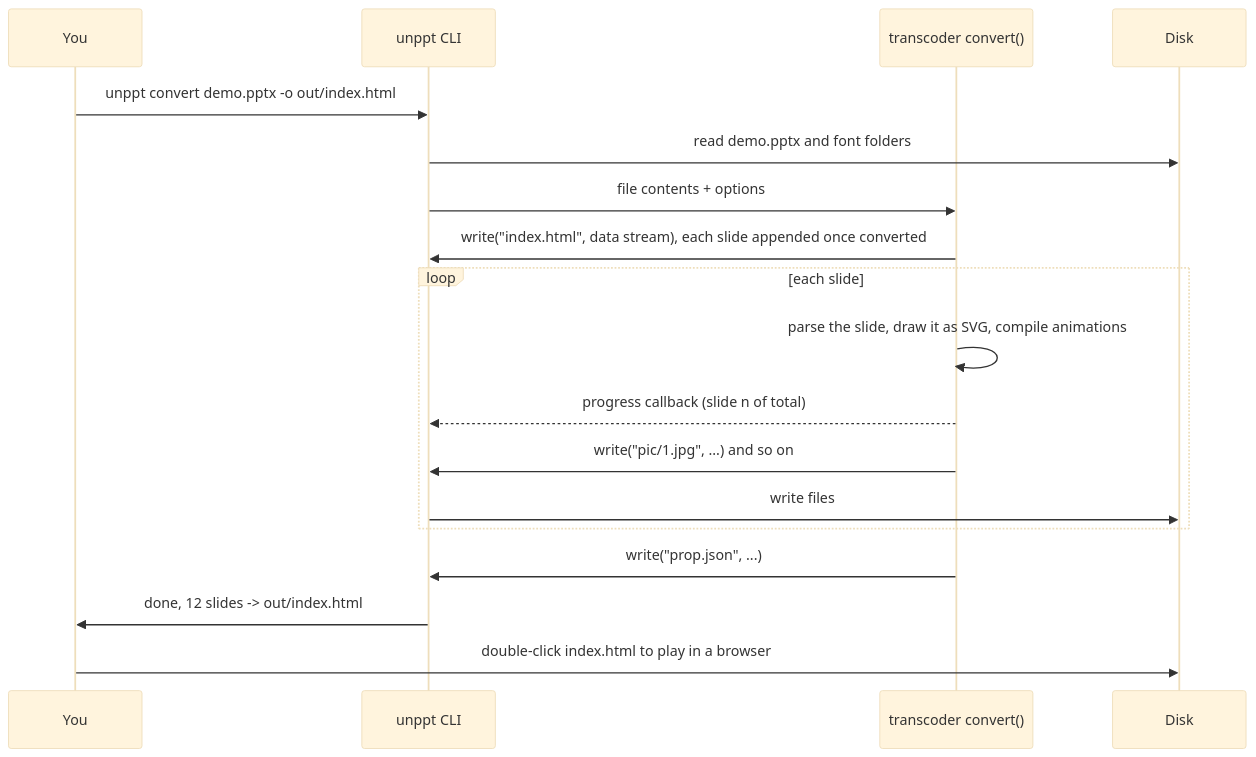
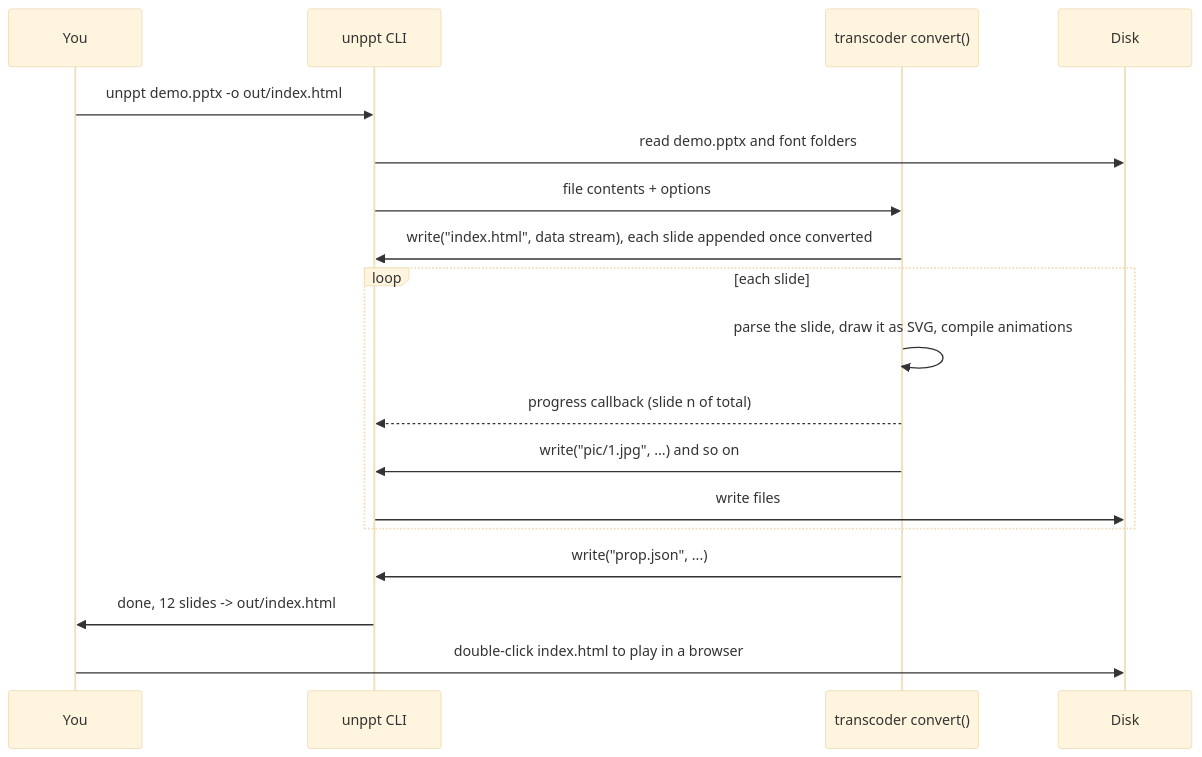
The third of 5 diagrams in docs/en/getting-started.md (spitmaster/unppt), drawn with Mermaid (base theme) before and after one commit. The commit also changed other lines of this file and 24 other files, not shown here.

First line of the commit message:
release: 0.2.0 命令行简化为 unppt <文件.pptx>

````diff
--- a/docs/en/getting-started.md
+++ b/docs/en/getting-started.md
@@ -130,20 +130,20 @@
 ```mermaid
 sequenceDiagram
   participant You
   participant CLI as unppt CLI
   participant T as transcoder convert()
   participant Disk
-  You->>CLI: unppt convert demo.pptx -o out/index.html
+  You->>CLI: unppt demo.pptx -o out/index.html
   CLI->>Disk: read demo.pptx and font folders
   CLI->>T: file contents + options
   T->>CLI: write("index.html", data stream), each slide appended once converted
   loop each slide
     T->>T: parse the slide, draw it as SVG, compile animations
     T-->>CLI: progress callback (slide n of total)
     T->>CLI: write("pic/1.jpg", ...) and so on
     CLI->>Disk: write files
   end
   T->>CLI: write("prop.json", ...)
   CLI->>You: done, 12 slides -> out/index.html
   You->>Disk: double-click index.html to play in a browser
 ```
````
